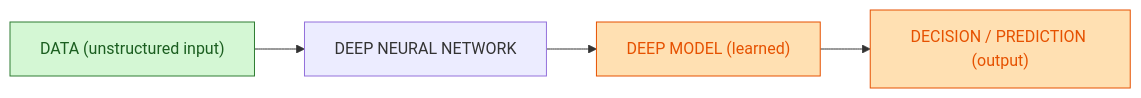
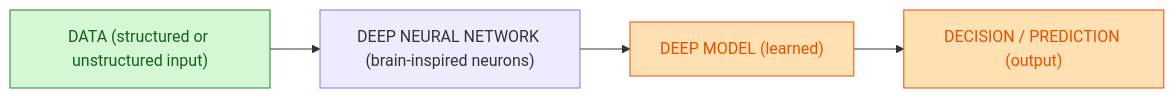
Before and after one commit to inskillflow/Travailler-en-IA-ecosysteme-et-opportunites: the third of 3 diagrams in sdsd.md, drawn with Mermaid. The commit also changed other lines of this file, not shown here.

````diff
--- a/sdsd.md
+++ b/sdsd.md
@@ -49,13 +49,13 @@
 ```mermaid
 flowchart LR
-  %% DL : données non structurées/tâches complexes -> réseau profond -> modèle appris -> décision
-  DATAU["DATA (unstructured input)"] --> NET["DEEP NEURAL NETWORK"] --> MODEL["DEEP MODEL (learned)"];
+  %% DL : données structurées ou non + tâche complexe -> réseau profond de neurones inspiré du cerveau humain -> modèle appris -> décision
+  DATAU["DATA (structured or unstructured input)"] --> NET["DEEP NEURAL NETWORK (brain-inspired neurons)"] --> MODEL["DEEP MODEL (learned)"];
   MODEL --> DEC["DECISION / PREDICTION (output)"];
 
   classDef input fill:#d4f7d4,stroke:#2e7d32,stroke-width:1px,color:#1b5e20; 
   classDef output fill:#ffe0b2,stroke:#e65100,stroke-width:1px,color:#e65100; 
 
   class DATAU input;
   class MODEL output;
   class DEC output;
 ```
````
